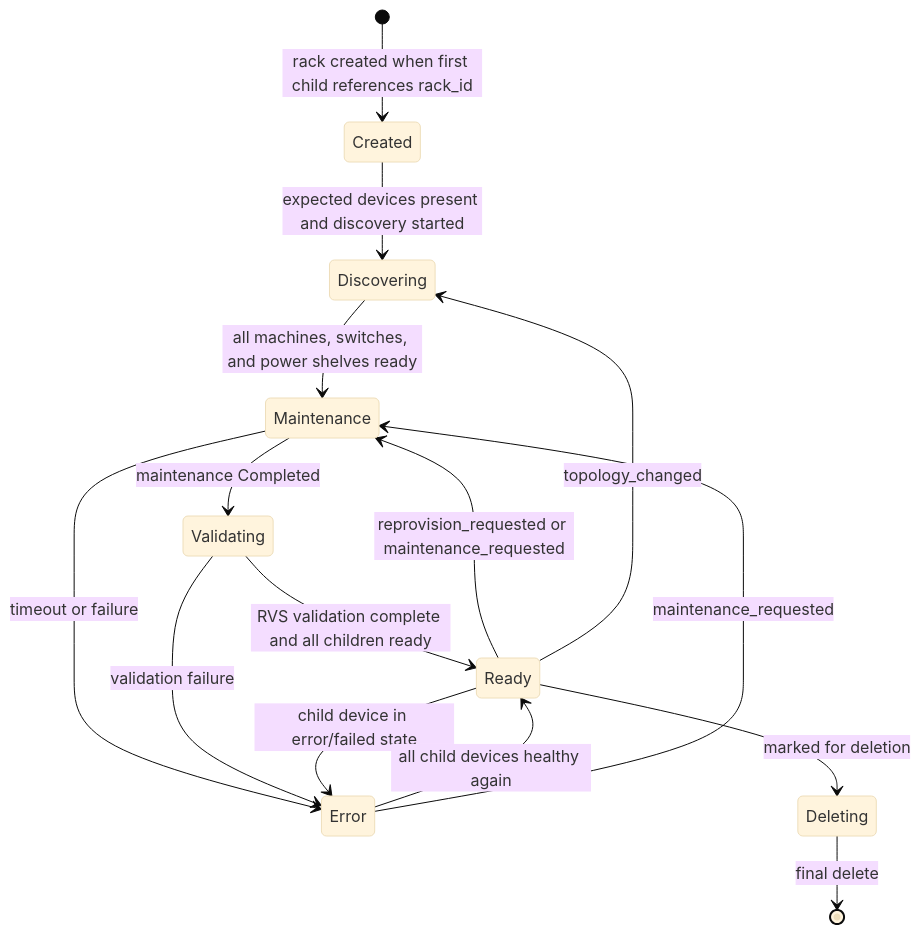
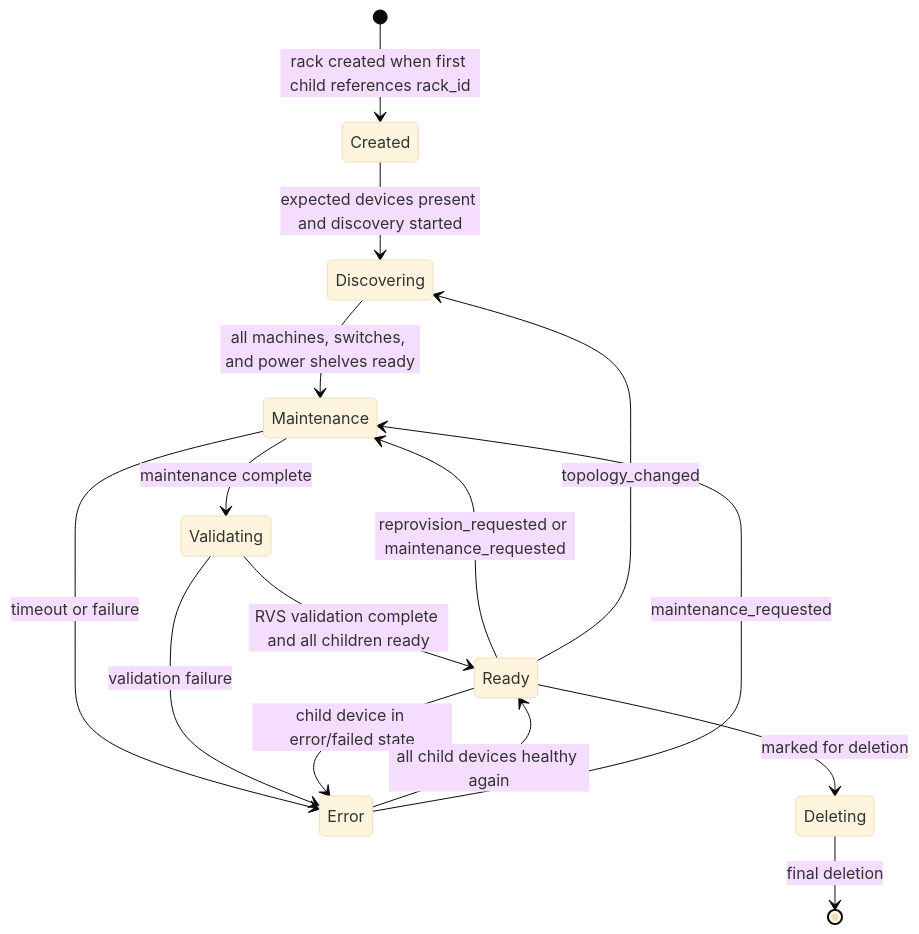
The second of 2 diagrams in docs/architecture/state_machines/rackstatemachine.md (NVIDIA/bare-metal-manager-core), drawn with Mermaid (base theme) before and after one commit. The commit also changed other lines of this file and 2 other files, not shown here.

````diff
--- a/docs/architecture/state_machines/rackstatemachine.md
+++ b/docs/architecture/state_machines/rackstatemachine.md
@@ -127,31 +127,31 @@
 ```mermaid
 stateDiagram-v2
     state "Created" as Created
     state "Discovering" as Discovering
     state "Maintenance" as Maintenance
     state "Validating" as Validating
     state "Ready" as Ready
     state "Error" as Error
     state "Deleting" as Deleting
 
     [*] --> Created : rack created when first child references rack_id
 
     Created --> Discovering : expected devices present and discovery started
     Discovering --> Maintenance : all machines, switches, and power shelves ready
 
-    Maintenance --> Validating : maintenance Completed
+    Maintenance --> Validating : maintenance complete
     Maintenance --> Error : timeout or failure
 
     Validating --> Ready : RVS validation complete and all children ready
     Validating --> Error : validation failure
 
     Ready --> Maintenance : reprovision_requested or maintenance_requested
     Ready --> Discovering : topology_changed
     Ready --> Error : child device in error/failed state
 
     Error --> Ready : all child devices healthy again
     Error --> Maintenance : maintenance_requested
 
     Ready --> Deleting : marked for deletion
-    Deleting --> [*] : final delete
+    Deleting --> [*] : final deletion
 ```
````
